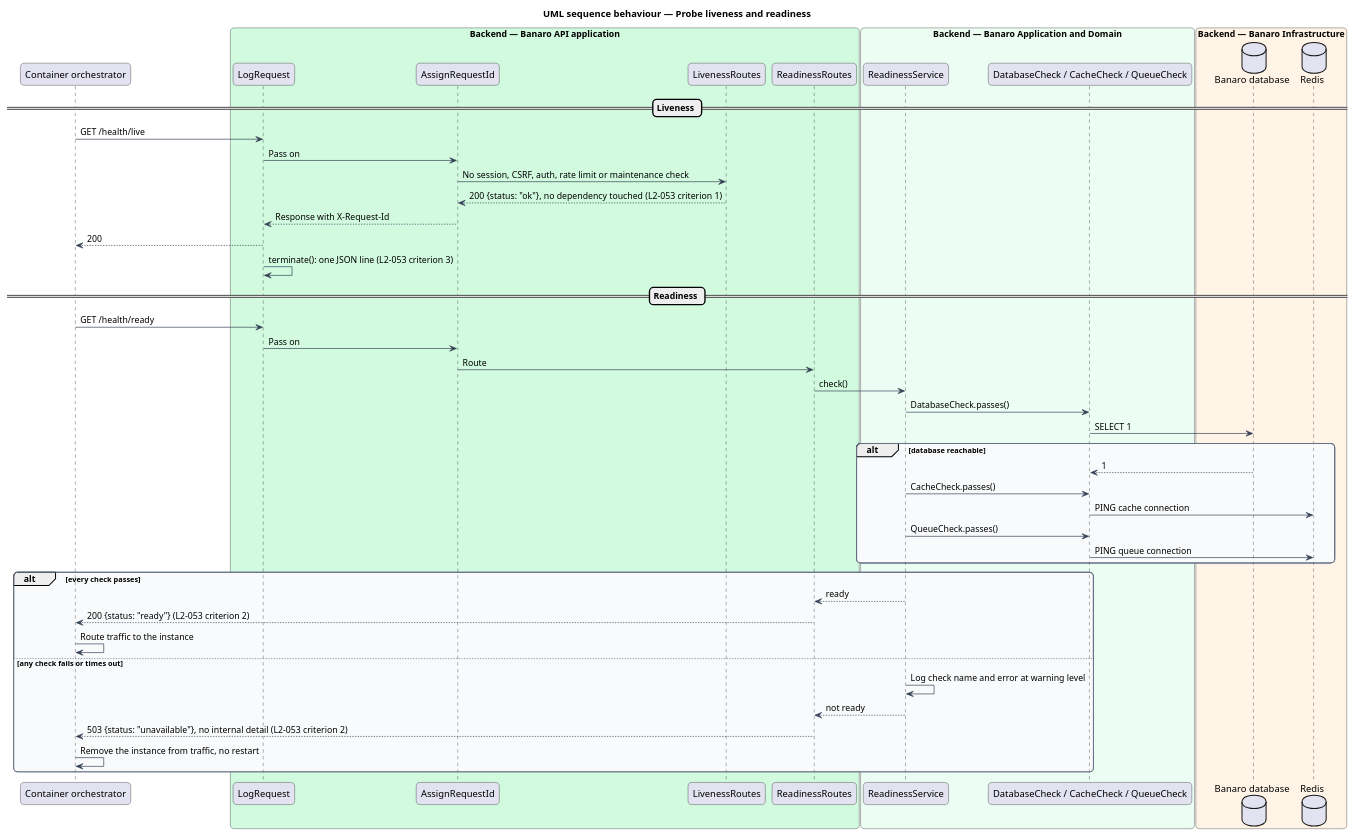
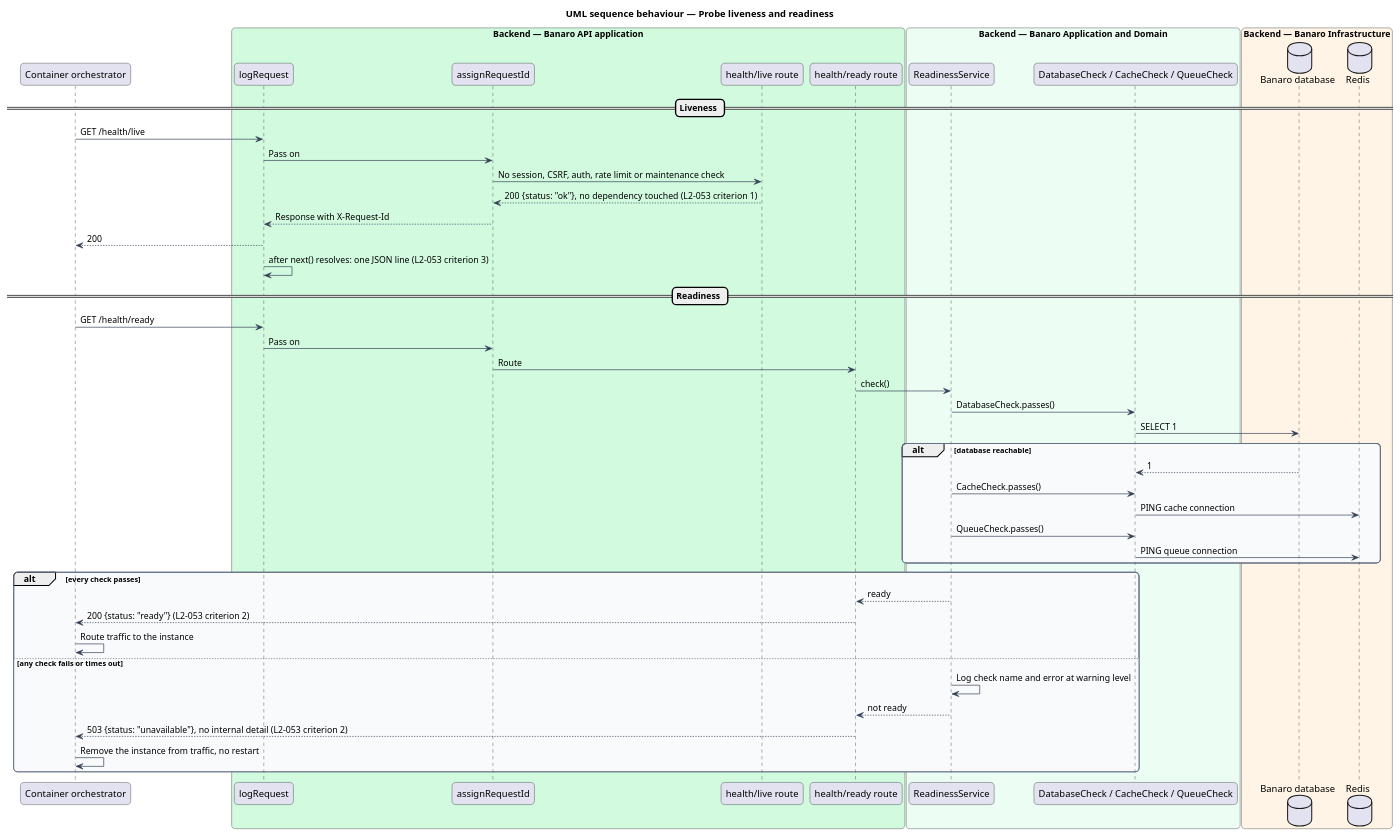
Before and after one commit to QuinntyneBrown/banaro: the diagram in docs/detailed-designs/operations/observe-health/diagrams/sequence-probe-health.puml, drawn with PlantUML. The commit also changed 395 other files, not shown here.

```diff
--- a/docs/detailed-designs/operations/observe-health/diagrams/sequence-probe-health.puml
+++ b/docs/detailed-designs/operations/observe-health/diagrams/sequence-probe-health.puml
@@ -1,66 +1,66 @@
 @startuml
 title UML sequence behaviour — Probe liveness and readiness
 skinparam backgroundColor #FFFFFF
 skinparam shadowing false
 skinparam roundcorner 12
 skinparam defaultFontName Arial
 skinparam ArrowColor #344054
 skinparam rectangle {
   BorderColor #344054
   FontColor #101828
 }
 skinparam package {
   BorderColor #667085
   FontColor #101828
   BackgroundColor #F9FAFB
 }
 participant "Container orchestrator" as orch
 box "Backend — Banaro API application" #D1FADF
-  participant "LogRequest" as log
-  participant "AssignRequestId" as reqid
-  participant "LivenessRoutes" as live
-  participant "ReadinessRoutes" as ready
+  participant "logRequest" as log
+  participant "assignRequestId" as reqid
+  participant "health/live route" as live
+  participant "health/ready route" as ready
 end box
 box "Backend — Banaro Application and Domain" #ECFDF3
   participant "ReadinessService" as svc
   participant "DatabaseCheck / CacheCheck / QueueCheck" as checks
 end box
 box "Backend — Banaro Infrastructure" #FFF4E5
   database "Banaro database" as db
   database "Redis" as redis
 end box
 
 == Liveness ==
 orch -> log : GET /health/live
 log -> reqid : Pass on
 reqid -> live : No session, CSRF, auth, rate limit or maintenance check
 live --> reqid : 200 {status: "ok"}, no dependency touched (L2-053 criterion 1)
 reqid --> log : Response with X-Request-Id
 log --> orch : 200
-log -> log : terminate(): one JSON line (L2-053 criterion 3)
+log -> log : after next() resolves: one JSON line (L2-053 criterion 3)
 
 == Readiness ==
 orch -> log : GET /health/ready
 log -> reqid : Pass on
 reqid -> ready : Route
 ready -> svc : check()
 svc -> checks : DatabaseCheck.passes()
 checks -> db : SELECT 1
 alt database reachable
   db --> checks : 1
   svc -> checks : CacheCheck.passes()
   checks -> redis : PING cache connection
   svc -> checks : QueueCheck.passes()
   checks -> redis : PING queue connection
 end
 alt every check passes
   svc --> ready : ready
   ready --> orch : 200 {status: "ready"} (L2-053 criterion 2)
   orch -> orch : Route traffic to the instance
 else any check fails or times out
   svc -> svc : Log check name and error at warning level
   svc --> ready : not ready
   ready --> orch : 503 {status: "unavailable"}, no internal detail (L2-053 criterion 2)
   orch -> orch : Remove the instance from traffic, no restart
 end
 @enduml
```
